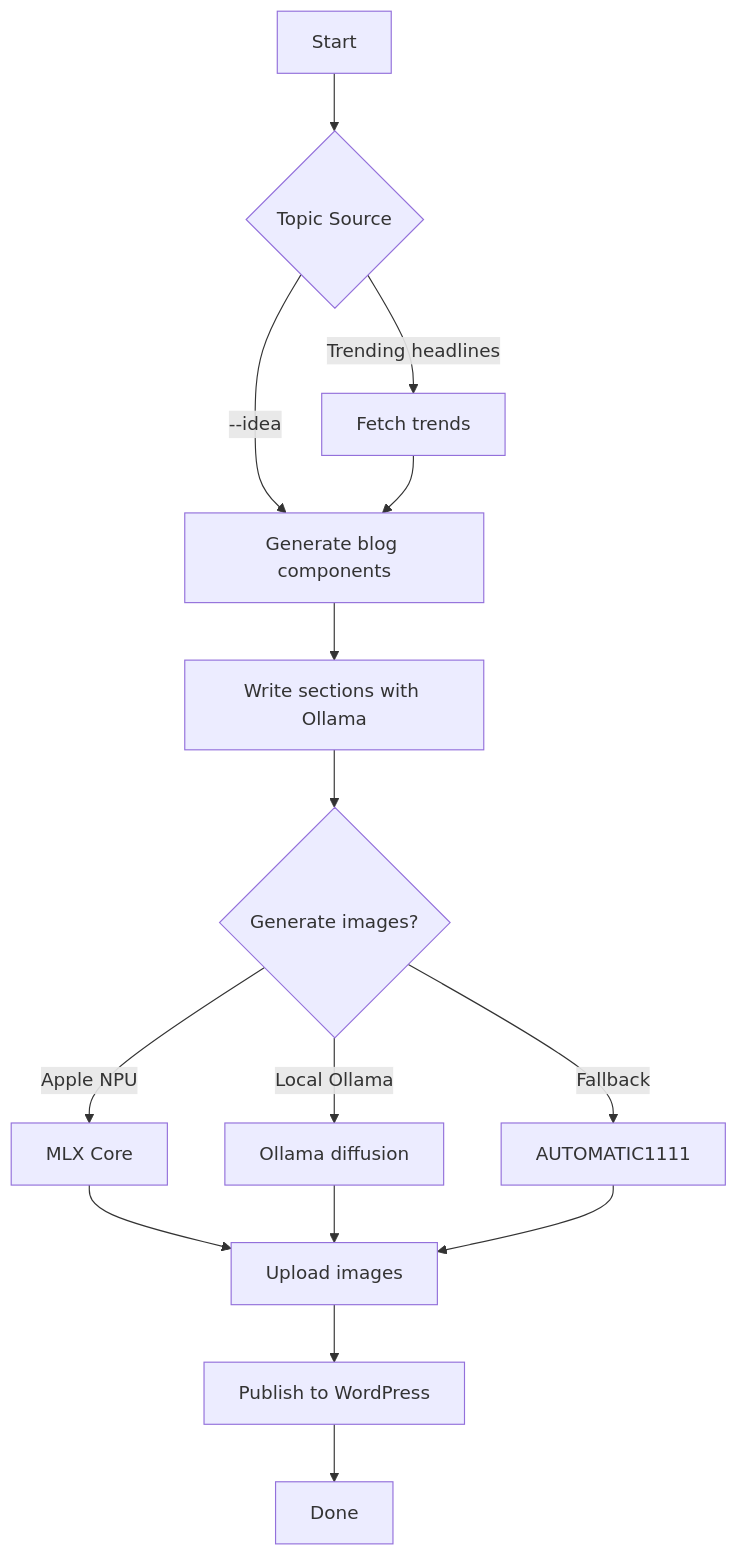
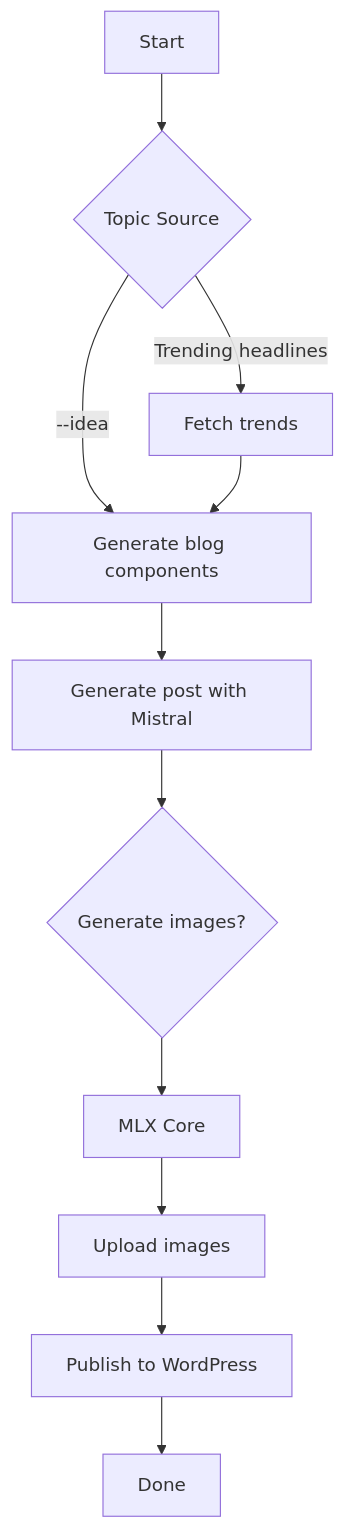
Before and after one commit to felipedbene/poster: the diagram in README.md, drawn with Mermaid. The commit also changed other lines of this file and 2 other files, not shown here.

````diff
--- a/README.md
+++ b/README.md
@@ -24,17 +22,13 @@
 ```mermaid
 flowchart TD
     A[Start] --> B{Topic Source}
     B -->|--idea| C[Generate blog components]
     B -->|Trending headlines| D[Fetch trends]
     D --> C
-    C --> E[Write sections with Ollama]
+    C --> E[Generate post with Mistral]
     E --> F{Generate images?}
-    F -->|Apple NPU| G[MLX Core]
-    F -->|Local Ollama| H[Ollama diffusion]
-    F -->|Fallback| I[AUTOMATIC1111]
+    F --> G[MLX Core]
     G --> J[Upload images]
-    H --> J
-    I --> J
     J --> K[Publish to WordPress]
     K --> L[Done]
 ```
````
